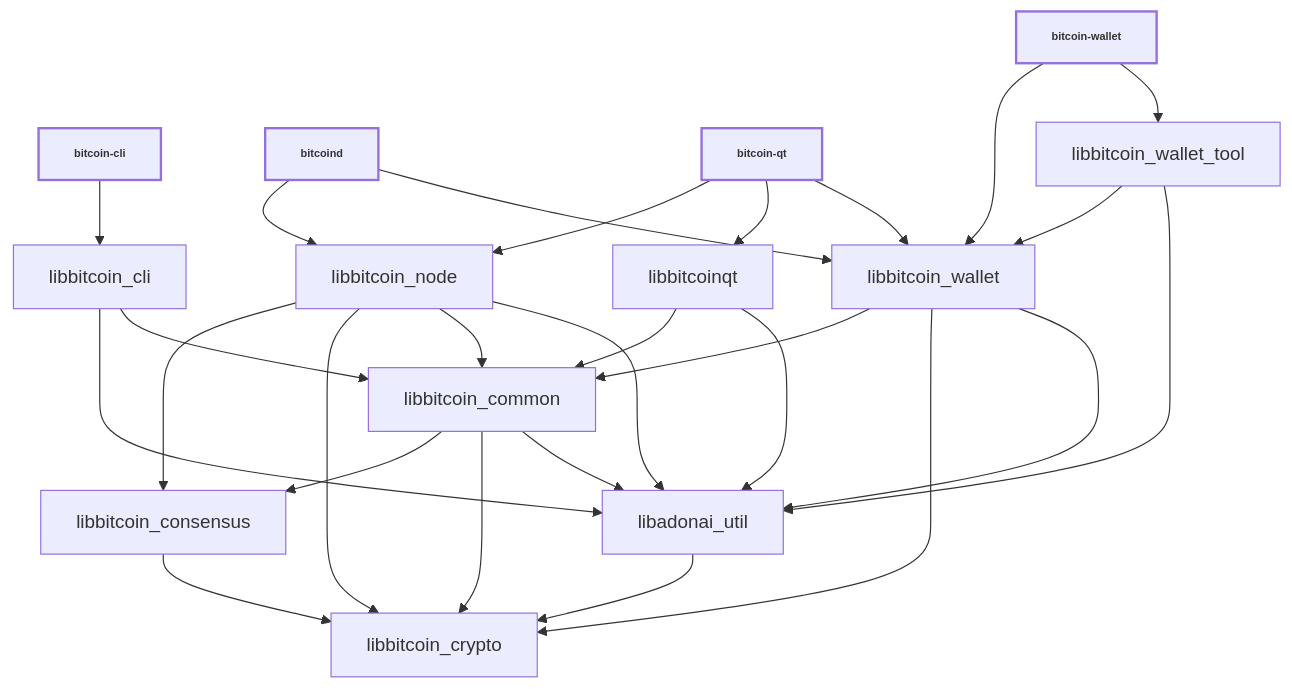
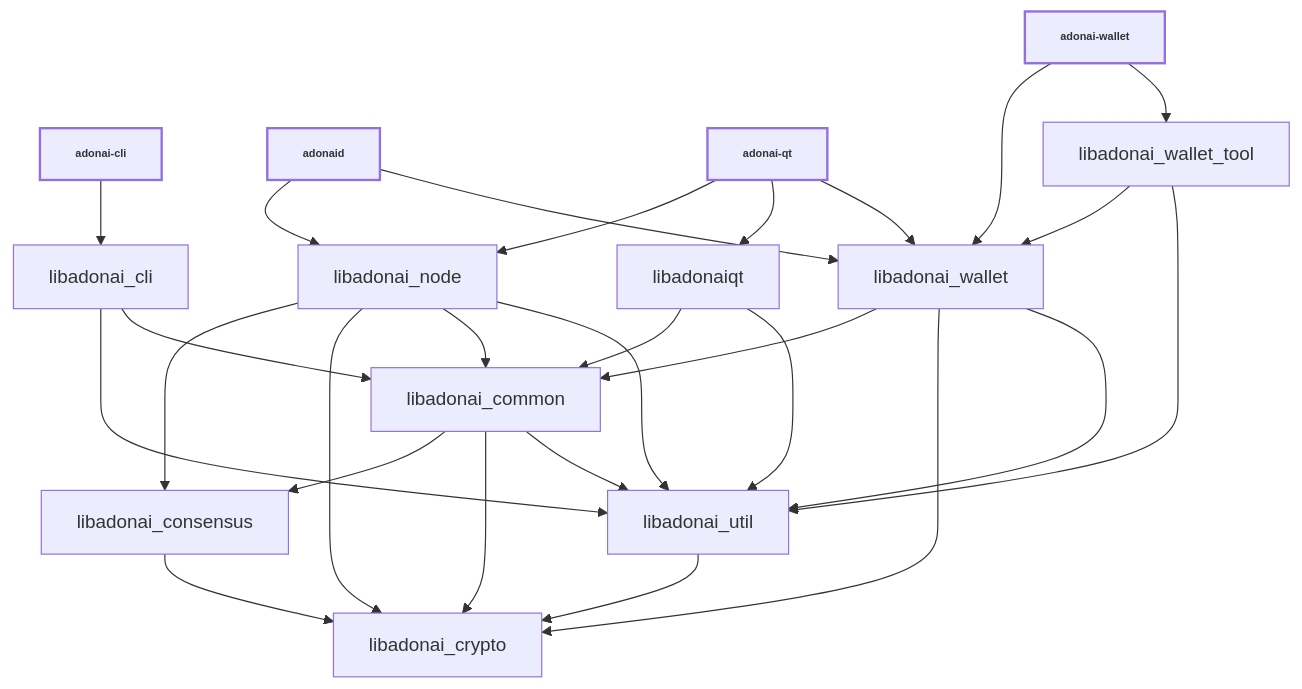
One commit to YHWH-angel/ADONAI changed the diagram in doc/design/libraries.md. Above: the diagram before and after it, drawn with Mermaid. The commit also changed other lines of this file and 5 other files, not shown here.

````diff
--- a/doc/design/libraries.md
+++ b/doc/design/libraries.md
@@ -34,47 +34,47 @@
 ```mermaid
 
 %%{ init : { "flowchart" : { "curve" : "basis" }}}%%
 
 graph TD;
 
-bitcoin-cli[bitcoin-cli]-->libbitcoin_cli;
+adonai-cli[adonai-cli]-->libadonai_cli;
 
-bitcoind[bitcoind]-->libbitcoin_node;
-bitcoind[bitcoind]-->libbitcoin_wallet;
+adonaid[adonaid]-->libadonai_node;
+adonaid[adonaid]-->libadonai_wallet;
 
-bitcoin-qt[bitcoin-qt]-->libbitcoin_node;
-bitcoin-qt[bitcoin-qt]-->libbitcoinqt;
-bitcoin-qt[bitcoin-qt]-->libbitcoin_wallet;
+adonai-qt[adonai-qt]-->libadonai_node;
+adonai-qt[adonai-qt]-->libadonaiqt;
+adonai-qt[adonai-qt]-->libadonai_wallet;
 
-bitcoin-wallet[bitcoin-wallet]-->libbitcoin_wallet;
-bitcoin-wallet[bitcoin-wallet]-->libbitcoin_wallet_tool;
+adonai-wallet[adonai-wallet]-->libadonai_wallet;
+adonai-wallet[adonai-wallet]-->libadonai_wallet_tool;
 
-libbitcoin_cli-->libadonai_util;
-libbitcoin_cli-->libbitcoin_common;
+libadonai_cli-->libadonai_util;
+libadonai_cli-->libadonai_common;
 
-libbitcoin_consensus-->libbitcoin_crypto;
+libadonai_consensus-->libadonai_crypto;
 
-libbitcoin_common-->libbitcoin_consensus;
-libbitcoin_common-->libbitcoin_crypto;
-libbitcoin_common-->libadonai_util;
+libadonai_common-->libadonai_consensus;
+libadonai_common-->libadonai_crypto;
+libadonai_common-->libadonai_util;
 
-libbitcoin_node-->libbitcoin_consensus;
-libbitcoin_node-->libbitcoin_crypto;
-libbitcoin_node-->libbitcoin_common;
-libbitcoin_node-->libadonai_util;
+libadonai_node-->libadonai_consensus;
+libadonai_node-->libadonai_crypto;
+libadonai_node-->libadonai_common;
+libadonai_node-->libadonai_util;
 
-libbitcoinqt-->libbitcoin_common;
-libbitcoinqt-->libadonai_util;
+libadonaiqt-->libadonai_common;
+libadonaiqt-->libadonai_util;
 
-libadonai_util-->libbitcoin_crypto;
+libadonai_util-->libadonai_crypto;
 
-libbitcoin_wallet-->libbitcoin_common;
-libbitcoin_wallet-->libbitcoin_crypto;
-libbitcoin_wallet-->libadonai_util;
+libadonai_wallet-->libadonai_common;
+libadonai_wallet-->libadonai_crypto;
+libadonai_wallet-->libadonai_util;
 
-libbitcoin_wallet_tool-->libbitcoin_wallet;
-libbitcoin_wallet_tool-->libadonai_util;
+libadonai_wallet_tool-->libadonai_wallet;
+libadonai_wallet_tool-->libadonai_util;
 
 classDef bold stroke-width:2px, font-weight:bold, font-size: smaller;
-class bitcoin-qt,bitcoind,bitcoin-cli,bitcoin-wallet bold
+class adonai-qt,adonaid,adonai-cli,adonai-wallet bold
 ```
````
